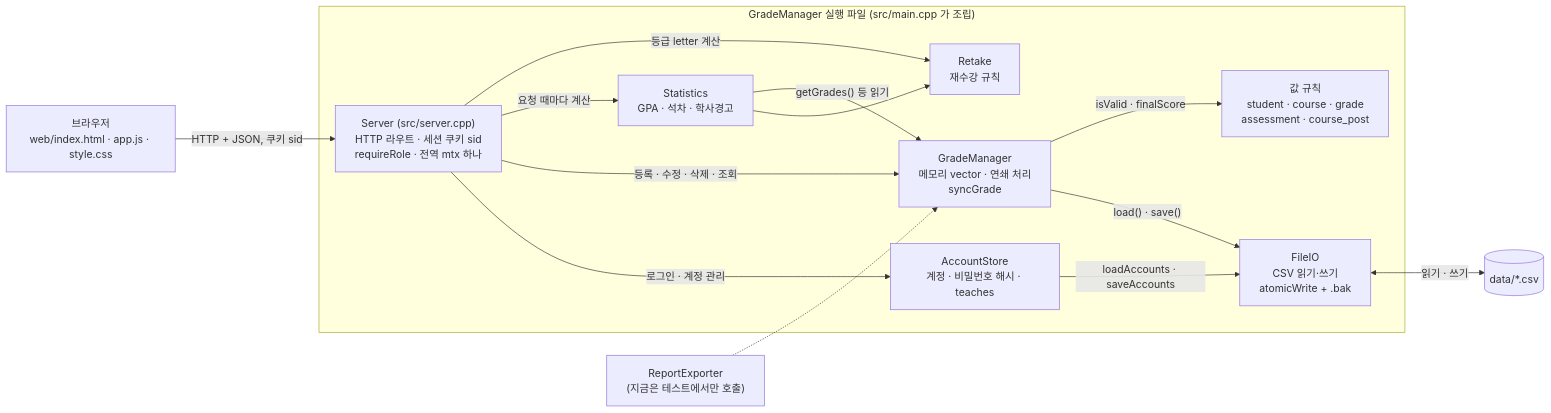
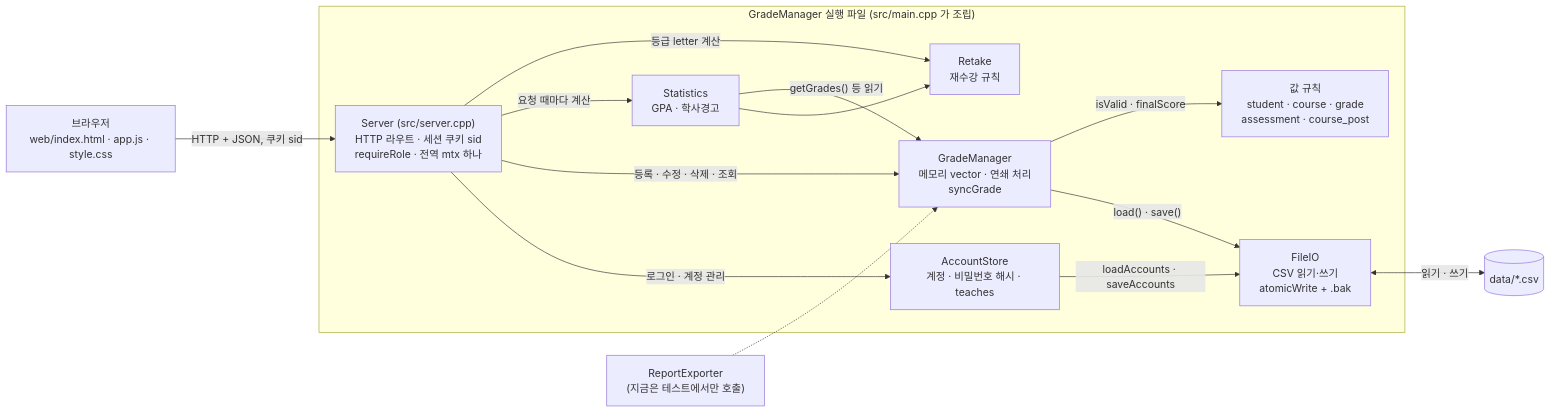
The first of 4 diagrams in docs/architecture.md (2026ENDPoinT/team01), drawn with Mermaid before and after one commit. The commit also changed other lines of this file and 10 other files, not shown here.

````diff
--- a/docs/architecture.md
+++ b/docs/architecture.md
@@ -13,28 +13,28 @@
 ```mermaid
 flowchart LR
     UI["브라우저<br/>web/index.html · app.js · style.css"]
     subgraph PROC["GradeManager 실행 파일 (src/main.cpp 가 조립)"]
         SRV["Server (src/server.cpp)<br/>HTTP 라우트 · 세션 쿠키 sid<br/>requireRole · 전역 mtx 하나"]
         ACC["AccountStore<br/>계정 · 비밀번호 해시 · teaches"]
         GM["GradeManager<br/>메모리 vector · 연쇄 처리<br/>syncGrade"]
-        ST["Statistics<br/>GPA · 석차 · 학사경고"]
+        ST["Statistics<br/>GPA · 학사경고"]
         RT["Retake<br/>재수강 규칙"]
         VAL["값 규칙<br/>student · course · grade<br/>assessment · course_post"]
         FIO["FileIO<br/>CSV 읽기·쓰기<br/>atomicWrite + .bak"]
     end
     CSV[("data/*.csv")]
     RE["ReportExporter<br/>(지금은 테스트에서만 호출)"]
 
     UI -->|"HTTP + JSON, 쿠키 sid"| SRV
     SRV -->|"로그인 · 계정 관리"| ACC
     SRV -->|"등록 · 수정 · 삭제 · 조회"| GM
     SRV -->|"요청 때마다 계산"| ST
     SRV -->|"등급 letter 계산"| RT
     ST --> RT
     ST -->|"getGrades() 등 읽기"| GM
     GM -->|"load() · save()"| FIO
     ACC -->|"loadAccounts · saveAccounts"| FIO
     GM -->|"isValid · finalScore"| VAL
     FIO <-->|"읽기 · 쓰기"| CSV
     RE -.-> GM
 ```
````
